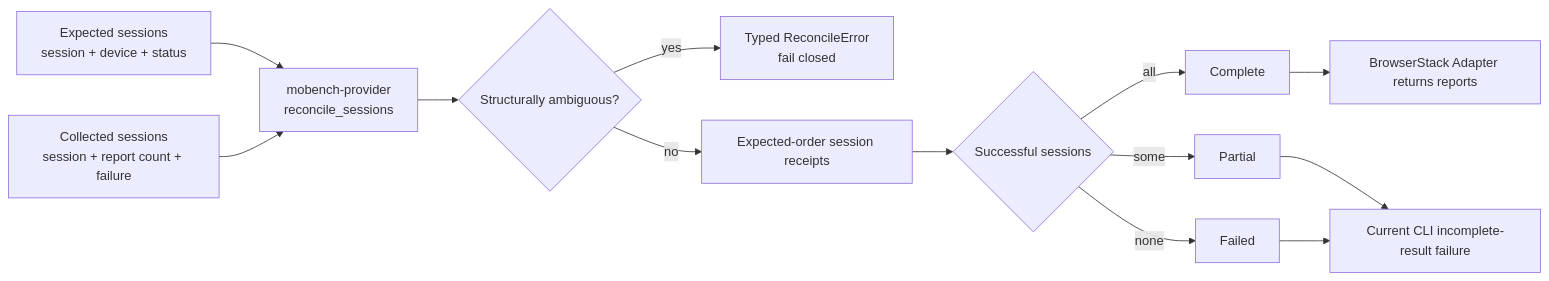
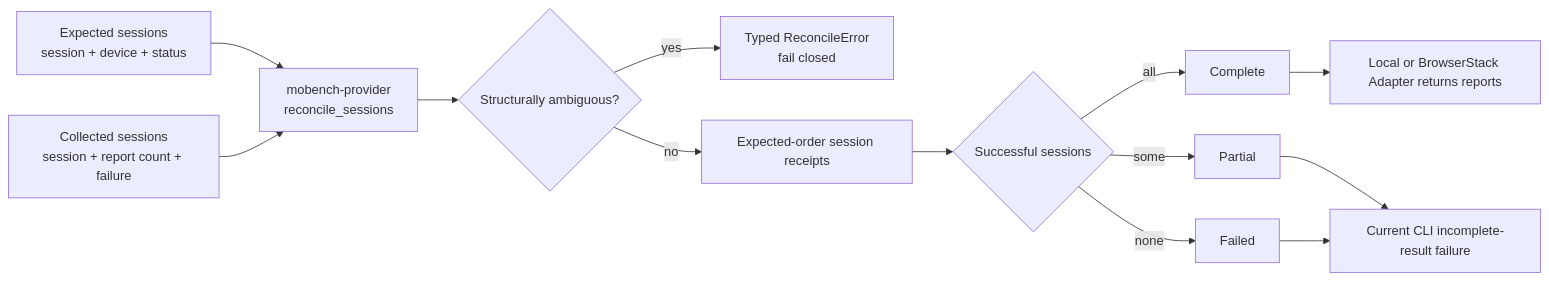
One commit to worldcoin/mobile-bench-rs changed the third of 7 diagrams in docs/0.2-rewrite-architecture.md. Above: the diagram before and after it, drawn with Mermaid. The commit also changed other lines of this file and 10 other files, not shown here.

````diff
--- a/docs/0.2-rewrite-architecture.md
+++ b/docs/0.2-rewrite-architecture.md
@@ -210,15 +215,15 @@
 ```mermaid
 flowchart LR
     Expected["Expected sessions\nsession + device + status"] --> Reconcile["mobench-provider\nreconcile_sessions"]
     Collected["Collected sessions\nsession + report count + failure"] --> Reconcile
     Reconcile --> Ambiguous{"Structurally ambiguous?"}
     Ambiguous -- "yes" --> Reject["Typed ReconcileError\nfail closed"]
     Ambiguous -- "no" --> Receipts["Expected-order session receipts"]
     Receipts --> Outcome{"Successful sessions"}
     Outcome -- "all" --> Complete["Complete"]
     Outcome -- "some" --> Partial["Partial"]
     Outcome -- "none" --> Failed["Failed"]
-    Complete --> Adapter["BrowserStack Adapter returns reports"]
+    Complete --> Adapter["Local or BrowserStack Adapter returns reports"]
     Partial --> CliFailure["Current CLI incomplete-result failure"]
     Failed --> CliFailure
 ```
````
